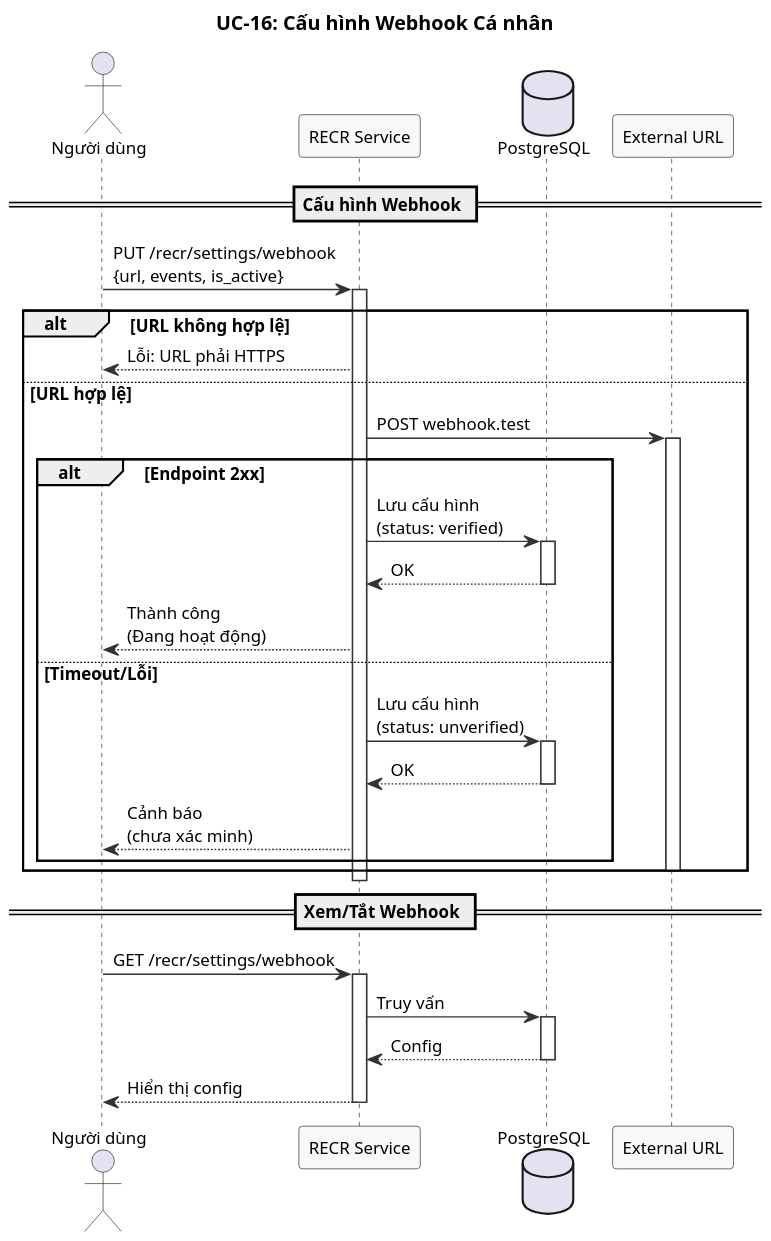
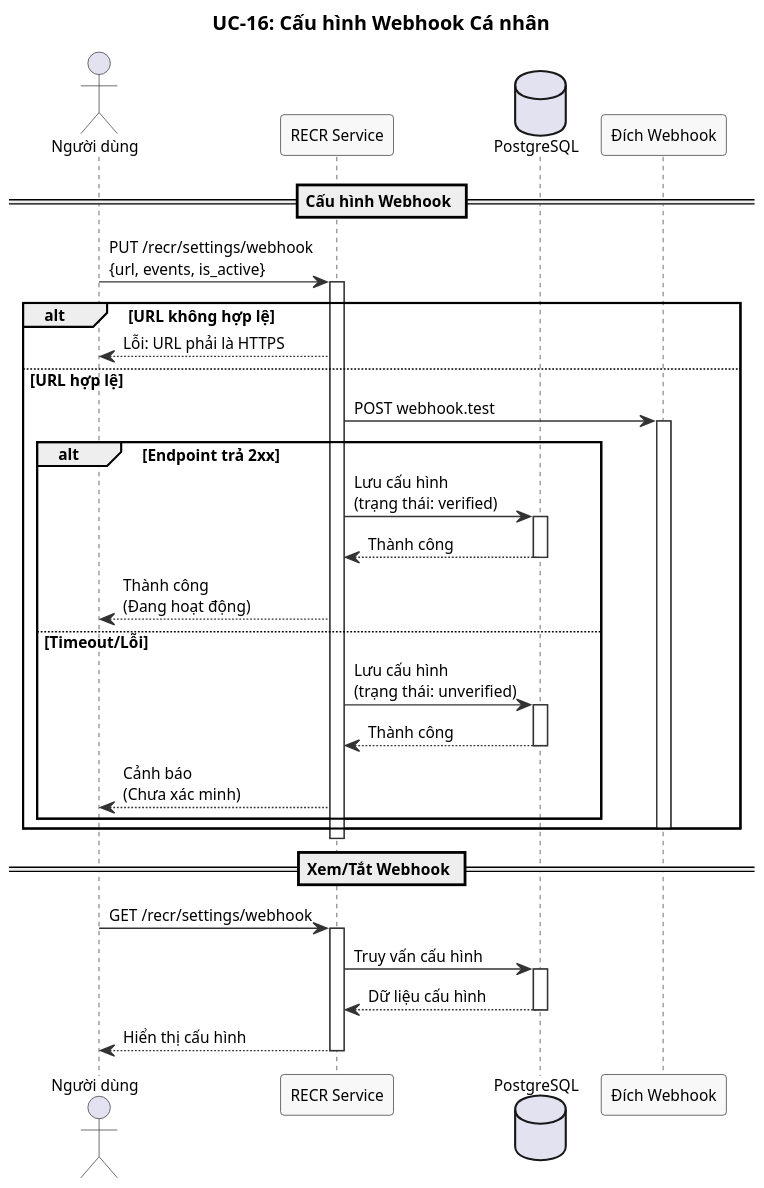
The diagram in modules/recr/diagrams/sequence/uc16-webhook-config-sequence.puml (namnh240795/document), drawn with PlantUML before and after one commit. The commit also changed 48 other files, not shown here.

First line of the commit message:
fix(recr,srs): review & fix RECR SRS - structure, IDs, Vietnamese text, figure numbering

```diff
--- a/modules/recr/diagrams/sequence/uc16-webhook-config-sequence.puml
+++ b/modules/recr/diagrams/sequence/uc16-webhook-config-sequence.puml
@@ -1,60 +1,60 @@
 @startuml
 ' UC-16: Cấu hình Webhook Cá nhân - Sơ đồ Chuỗi
 skinparam dpi 150
-skinparam defaultFontSize 12
+skinparam defaultFontSize 11
 skinparam nodesep 15
 skinparam ranksep 15
 skinparam sequence {
   ArrowColor #333333
   ActorBorderColor #333333
   LifeLineBorderColor #333333
   ParticipantBackgroundColor #F8F8F8
   ParticipantBorderColor #333333
 }
 
 title UC-16: Cấu hình Webhook Cá nhân
 
 actor "Người dùng" as User
 participant "RECR Service" as R
 database "PostgreSQL" as DB
-participant "External URL" as Ext
+participant "Đích Webhook" as Ext
 
 == Cấu hình Webhook ==
 
 User -> R : PUT /recr/settings/webhook\n{url, events, is_active}
 activate R
 
 alt URL không hợp lệ
-  R --> User : Lỗi: URL phải HTTPS
+  R --> User : Lỗi: URL phải là HTTPS
 else URL hợp lệ
   R -> Ext : POST webhook.test
   activate Ext
-  alt Endpoint 2xx
-    R -> DB : Lưu cấu hình\n(status: verified)
+  alt Endpoint trả 2xx
+    R -> DB : Lưu cấu hình\n(trạng thái: verified)
     activate DB
-    DB --> R : OK
+    DB --> R : Thành công
     deactivate DB
     R --> User : Thành công\n(Đang hoạt động)
   else Timeout/Lỗi
-    R -> DB : Lưu cấu hình\n(status: unverified)
+    R -> DB : Lưu cấu hình\n(trạng thái: unverified)
     activate DB
-    DB --> R : OK
+    DB --> R : Thành công
     deactivate DB
-    R --> User : Cảnh báo\n(chưa xác minh)
+    R --> User : Cảnh báo\n(Chưa xác minh)
   end
   deactivate Ext
 end
 deactivate R
 
 == Xem/Tắt Webhook ==
 
 User -> R : GET /recr/settings/webhook
 activate R
-R -> DB : Truy vấn
+R -> DB : Truy vấn cấu hình
 activate DB
-DB --> R : Config
+DB --> R : Dữ liệu cấu hình
 deactivate DB
-R --> User : Hiển thị config
+R --> User : Hiển thị cấu hình
 deactivate R
 
 @enduml
```
